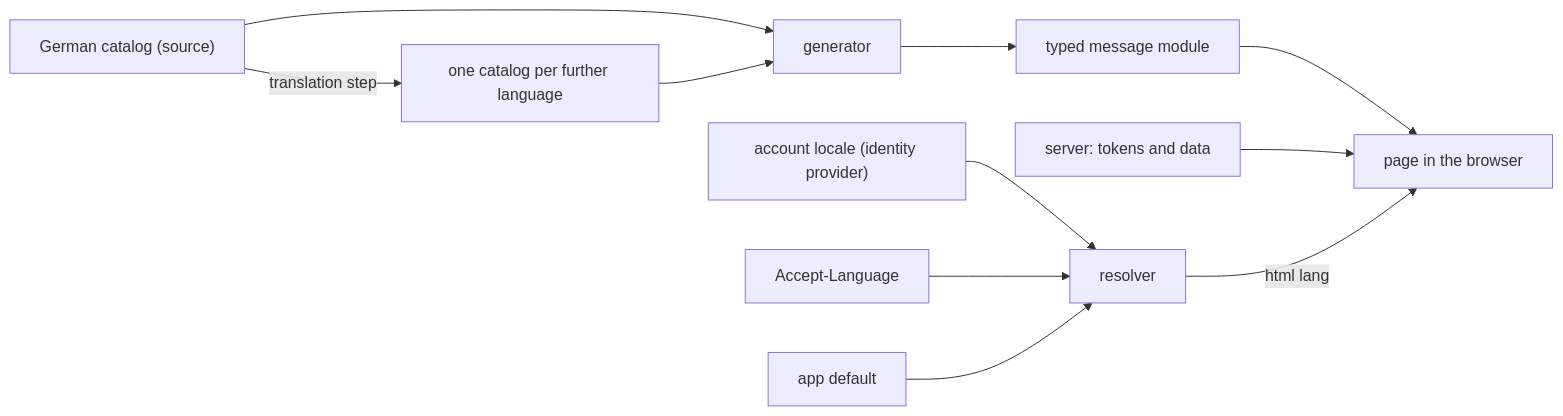
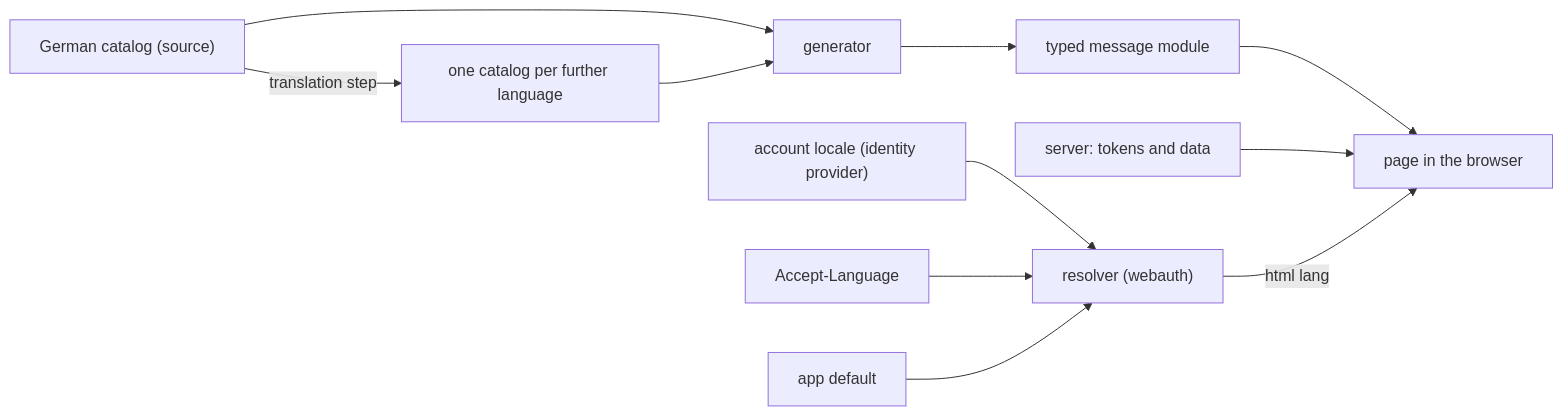
The diagram in docs/languages.md (overnightworks/appkit), drawn with Mermaid before and after one commit. The commit also changed other lines of this file and 1 other file, not shown here.

````diff
--- a/docs/languages.md
+++ b/docs/languages.md
@@ -32,13 +33,13 @@
 ```mermaid
 flowchart LR
   source["German catalog (source)"] -- translation step --> other["one catalog per further language"]
   source --> gen[generator]
   other --> gen
   gen --> module[typed message module]
   module --> page[page in the browser]
   server["server: tokens and data"] --> page
-  account["account locale (identity provider)"] --> resolver[resolver]
+  account["account locale (identity provider)"] --> resolver["resolver (webauth)"]
   header[Accept-Language] --> resolver
   default[app default] --> resolver
   resolver -- html lang --> page
 ```
````
